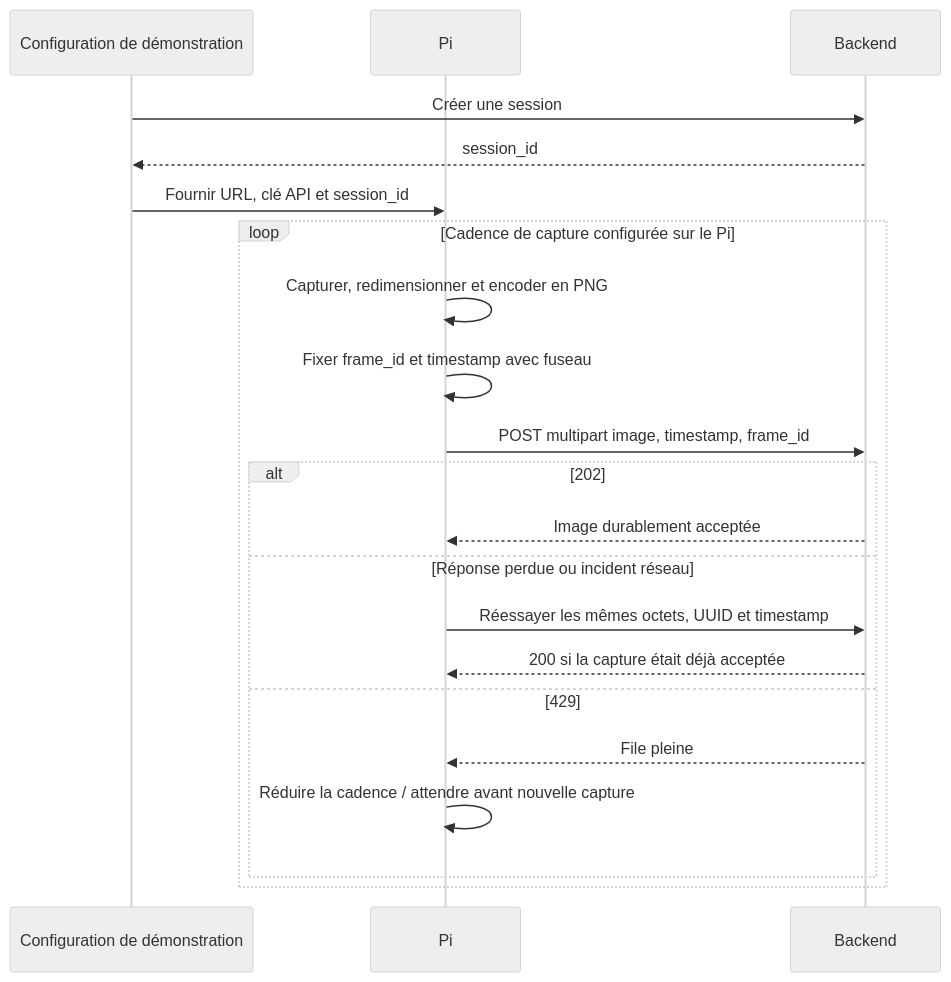
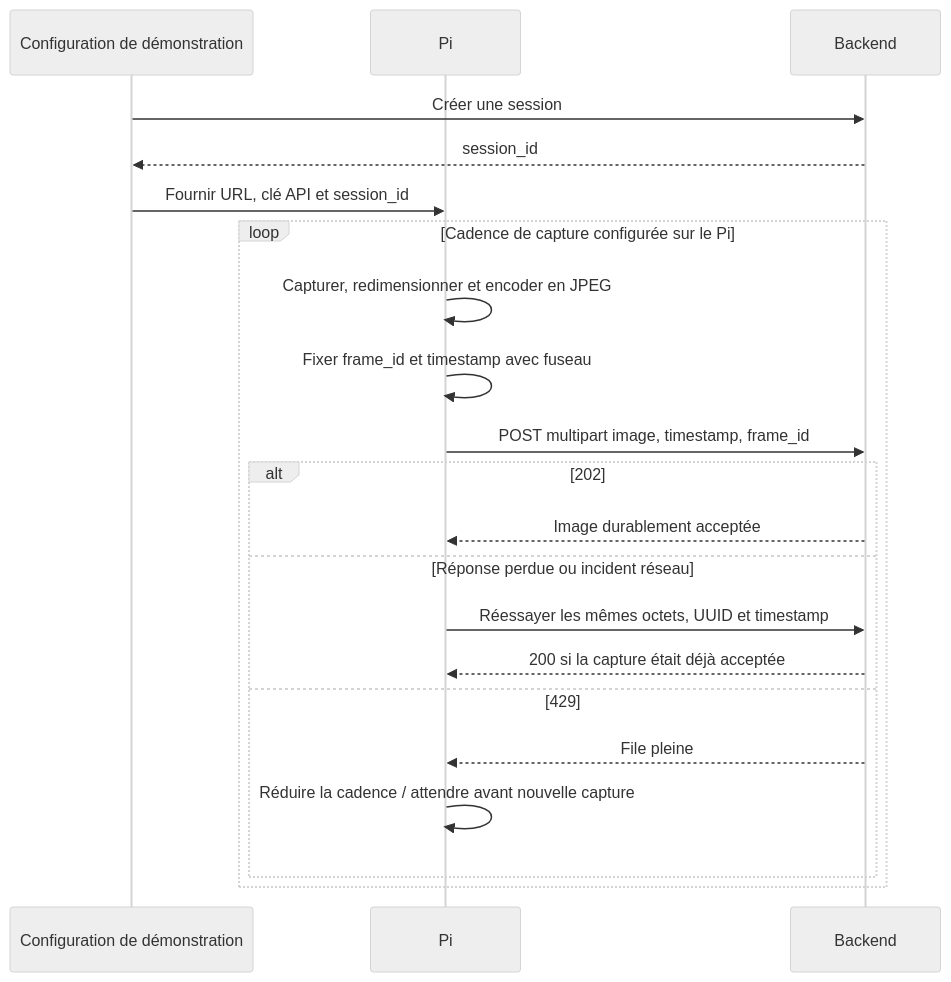
The second of 5 diagrams in docs/06-integration-equipe.md (Mindsept/Looki--Vision), drawn with Mermaid (neutral theme) before and after one commit. The commit also changed 26 other files, not shown here.

````diff
--- a/docs/06-integration-equipe.md
+++ b/docs/06-integration-equipe.md
@@ -22,23 +22,23 @@
 ```mermaid
 sequenceDiagram
     participant Config as Configuration de démonstration
     participant Pi
     participant Backend
     Config->>Backend: Créer une session
     Backend-->>Config: session_id
     Config->>Pi: Fournir URL, clé API et session_id
     loop Cadence de capture configurée sur le Pi
-        Pi->>Pi: Capturer, redimensionner et encoder en PNG
+        Pi->>Pi: Capturer, redimensionner et encoder en JPEG
         Pi->>Pi: Fixer frame_id et timestamp avec fuseau
         Pi->>Backend: POST multipart image, timestamp, frame_id
         alt 202
             Backend-->>Pi: Image durablement acceptée
         else Réponse perdue ou incident réseau
             Pi->>Backend: Réessayer les mêmes octets, UUID et timestamp
             Backend-->>Pi: 200 si la capture était déjà acceptée
         else 429
             Backend-->>Pi: File pleine
             Pi->>Pi: Réduire la cadence / attendre avant nouvelle capture
         end
     end
 ```
````
